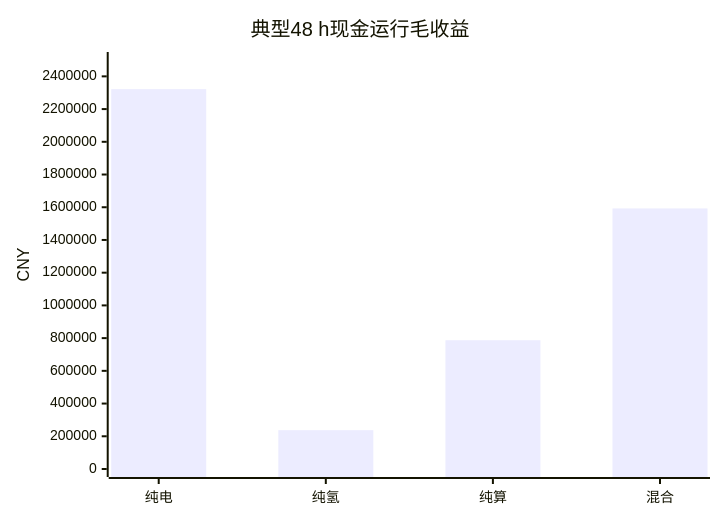
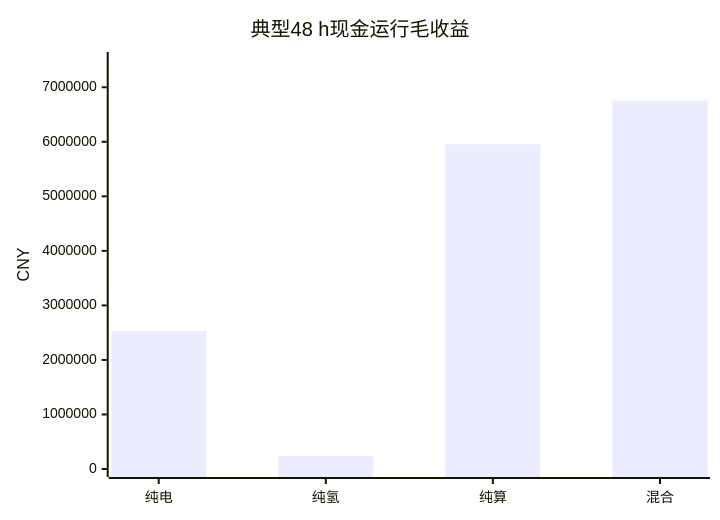
The fourth of 8 diagrams in C5/5.7混合最优策略短测试与年度运营分析/调度场景与多方案仿真结果分析.md (LIJunHong659/Blue-Ocean-Mode), drawn with Mermaid before and after one commit. The commit also changed other lines of this file and 13 other files, not shown here.

````diff
--- a/C5/5.7混合最优策略短测试与年度运营分析/调度场景与多方案仿真结果分析.md
+++ b/C5/5.7混合最优策略短测试与年度运营分析/调度场景与多方案仿真结果分析.md
@@ -98,7 +98,7 @@
 ```mermaid
 xychart-beta
     title "典型48 h现金运行毛收益"
     x-axis ["纯电", "纯氢", "纯算", "混合"]
-    y-axis "CNY" 0 --> 2500000
-    bar [2321848, 237394, 786980, 1592760]
+    y-axis "CNY" 0 --> 7500000
+    bar [2533047, 237394, 5954074, 6755779]
 ```
````
